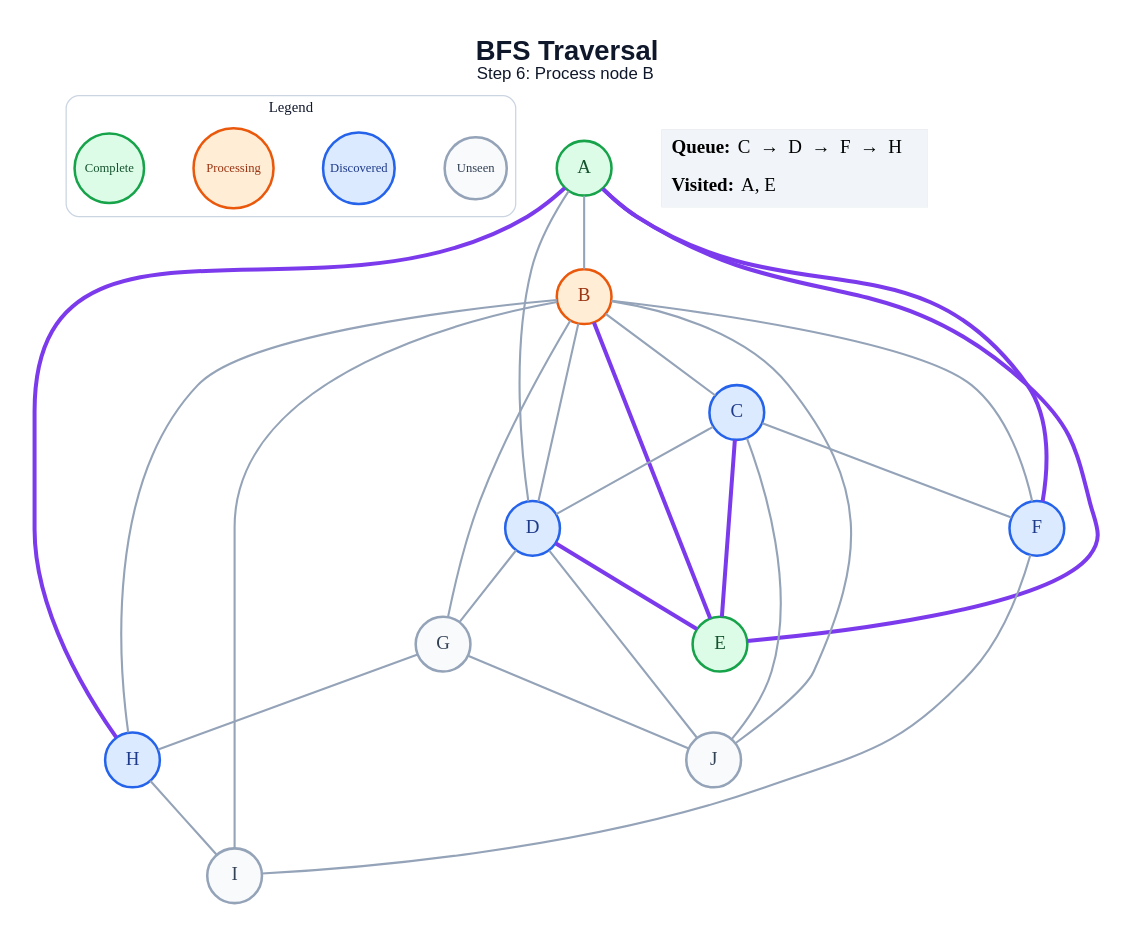
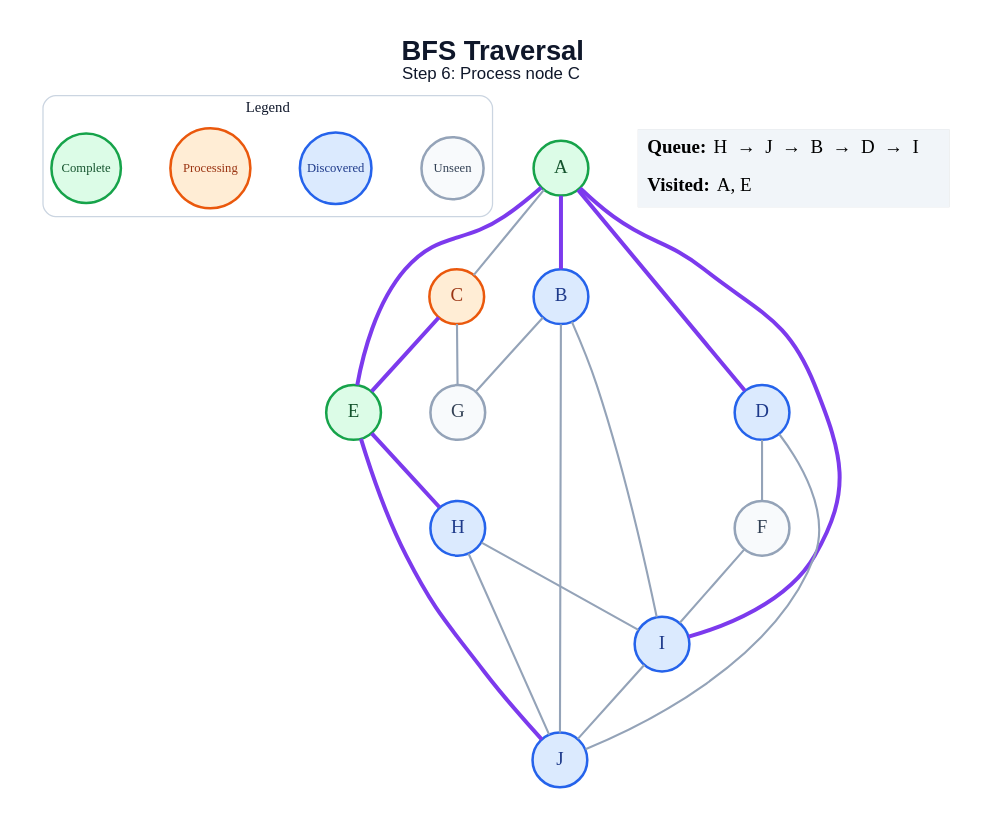
One commit to amanghodawala9/ai-slop changed the diagram in generated/specific-node/bfs/step_06.dot. Above: the diagram before and after it, drawn with Graphviz. The commit also changed 178 other files, not shown here.

```diff
--- a/generated/specific-node/bfs/step_06.dot
+++ b/generated/specific-node/bfs/step_06.dot
@@ -1,53 +1,47 @@
 graph traversal {
   graph [layout=dot, rankdir=TB, bgcolor="#FFFFFF", pad="0.35", nodesep="0.65", ranksep="0.8", fontname="Arial"];
   node [shape=circle, style="filled", fontname="Arial Bold", fontsize=18, width=0.72, fixedsize=true, penwidth=2.4];
   edge [color="#94A3B8", penwidth=2.0];
-  label=<<B>BFS Traversal</B><BR/><FONT POINT-SIZE="16">Step 6: Process node B</FONT>>; labelloc="t"; fontsize=26; fontname="Arial"; fontcolor="#0F172A";
+  label=<<B>BFS Traversal</B><BR/><FONT POINT-SIZE="16">Step 6: Process node C</FONT>>; labelloc="t"; fontsize=26; fontname="Arial"; fontcolor="#0F172A";
   subgraph cluster_legend { label="Legend"; color="#CBD5E1"; penwidth=1.2; style="rounded"; fontsize=14; fontname="Arial Bold";
     key_unseen [label="Unseen", fillcolor="#F8FAFC", color="#94A3B8", fontcolor="#334155", fontsize=12, width=0.82];
     key_frontier [label="Discovered", fillcolor="#DBEAFE", color="#2563EB", fontcolor="#1E3A8A", fontsize=12, width=0.95];
     key_current [label="Processing", fillcolor="#FFEDD5", color="#EA580C", fontcolor="#9A3412", fontsize=12, width=1.05];
     key_done [label="Complete", fillcolor="#DCFCE7", color="#16A34A", fontcolor="#14532D", fontsize=12, width=0.92];
     { rank=same; key_unseen; key_frontier; key_current; key_done; }
   }
   A [fillcolor="#DCFCE7", color="#16A34A", fontcolor="#14532D"];
-  B [fillcolor="#FFEDD5", color="#EA580C", fontcolor="#9A3412"];
-  C [fillcolor="#DBEAFE", color="#2563EB", fontcolor="#1E3A8A"];
+  B [fillcolor="#DBEAFE", color="#2563EB", fontcolor="#1E3A8A"];
+  C [fillcolor="#FFEDD5", color="#EA580C", fontcolor="#9A3412"];
   D [fillcolor="#DBEAFE", color="#2563EB", fontcolor="#1E3A8A"];
   E [fillcolor="#DCFCE7", color="#16A34A", fontcolor="#14532D"];
-  F [fillcolor="#DBEAFE", color="#2563EB", fontcolor="#1E3A8A"];
+  F [fillcolor="#F8FAFC", color="#94A3B8", fontcolor="#334155"];
   G [fillcolor="#F8FAFC", color="#94A3B8", fontcolor="#334155"];
   H [fillcolor="#DBEAFE", color="#2563EB", fontcolor="#1E3A8A"];
-  I [fillcolor="#F8FAFC", color="#94A3B8", fontcolor="#334155"];
-  J [fillcolor="#F8FAFC", color="#94A3B8", fontcolor="#334155"];
-  A -- B;
-  A -- D;
+  I [fillcolor="#DBEAFE", color="#2563EB", fontcolor="#1E3A8A"];
+  J [fillcolor="#DBEAFE", color="#2563EB", fontcolor="#1E3A8A"];
+  A -- B [color="#7C3AED", penwidth=3.8];
+  A -- C;
+  A -- D [color="#7C3AED", penwidth=3.8];
   A -- E [color="#7C3AED", penwidth=3.8];
-  A -- F [color="#7C3AED", penwidth=3.8];
-  A -- H [color="#7C3AED", penwidth=3.8];
-  B -- C;
-  B -- D;
-  B -- E [color="#7C3AED", penwidth=3.8];
-  B -- F;
+  A -- I [color="#7C3AED", penwidth=3.8];
   B -- G;
-  B -- H;
   B -- I;
   B -- J;
-  C -- D;
   C -- E [color="#7C3AED", penwidth=3.8];
-  C -- F;
-  C -- J;
-  D -- E [color="#7C3AED", penwidth=3.8];
-  D -- G;
+  C -- G;
+  D -- F;
   D -- J;
+  E -- H [color="#7C3AED", penwidth=3.8];
+  E -- J [color="#7C3AED", penwidth=3.8];
   F -- I;
-  G -- H;
-  G -- J;
   H -- I;
+  H -- J;
+  I -- J;
   status [shape=plain, fixedsize=false, width=0, height=0, margin=0, label=<
     <TABLE BORDER="0" CELLBORDER="0" CELLPADDING="7" BGCOLOR="#F1F5F9">
-      <TR><TD ALIGN="LEFT"><B>Queue:</B> C  →  D  →  F  →  H</TD></TR>
+      <TR><TD ALIGN="LEFT"><B>Queue:</B> H  →  J  →  B  →  D  →  I</TD></TR>
       <TR><TD ALIGN="LEFT"><B>Visited:</B> A, E</TD></TR>
     </TABLE>
   >];
 }
```
